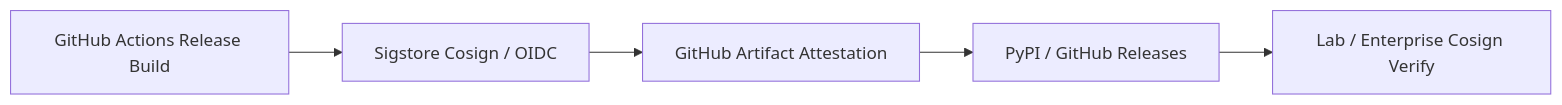
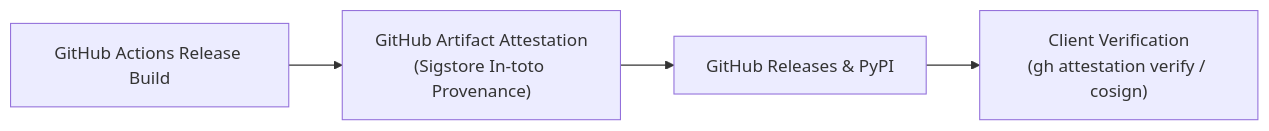
One commit to HERRY423/BioNexus changed the diagram in docs/security/RELEASE_SIGNING.md. Above: the diagram before and after it, drawn with Mermaid. The commit also changed other lines of this file and 40 other files, not shown here.

````diff
--- a/docs/security/RELEASE_SIGNING.md
+++ b/docs/security/RELEASE_SIGNING.md
@@ -7,7 +7,6 @@
 ```mermaid
 graph LR
-    Build[GitHub Actions Release Build] --> Sign[Sigstore Cosign / OIDC]
-    Sign --> Attest[GitHub Artifact Attestation]
-    Attest --> Publish[PyPI / GitHub Releases]
-    Publish --> Verify[Lab / Enterprise Cosign Verify]
+    Build["GitHub Actions Release Build"] --> Attest["GitHub Artifact Attestation<br/>(Sigstore In-toto Provenance)"]
+    Attest --> Publish["GitHub Releases & PyPI"]
+    Publish --> Verify["Client Verification<br/>(gh attestation verify / cosign)"]
 ```
````
